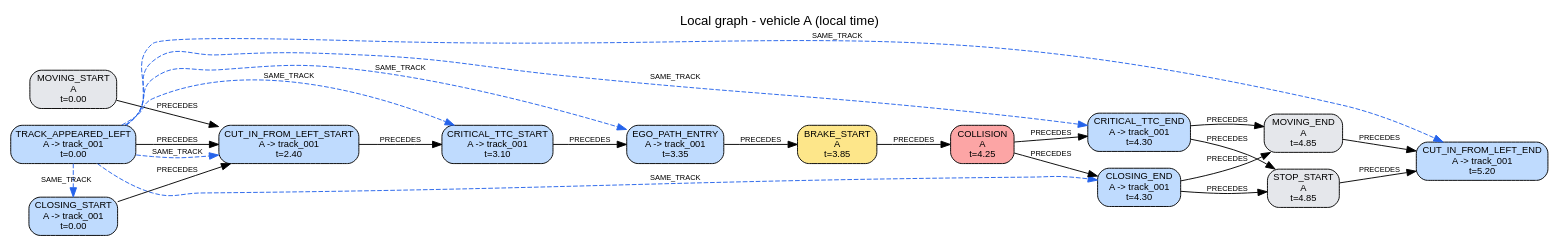
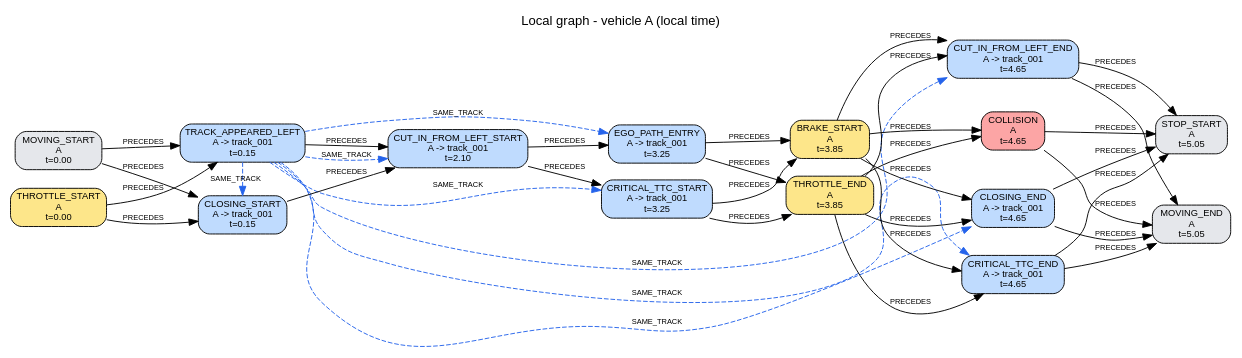
Before and after one commit to AndreaBedei1/causaldrive-forensics: the diagram in traces/S02/run_0_crash/reconstruction/A/local_graph.dot, drawn with Graphviz. The commit also changed 1878 other files, not shown here.

```diff
--- a/traces/S02/run_0_crash/reconstruction/A/local_graph.dot
+++ b/traces/S02/run_0_crash/reconstruction/A/local_graph.dot
@@ -1,43 +1,61 @@
 digraph "local_A" {
   graph [rankdir=LR, labelloc=t, fontname=Helvetica, label="Local graph - vehicle A (local time)"];
   node [shape=box, style="rounded,filled", fontname=Helvetica, fontsize=10];
   edge [fontname=Helvetica, fontsize=8];
   "A:e01" [label="MOVING_START\nA\nt=0.00", fillcolor="#e5e7eb"];
-  "A:e02" [label="TRACK_APPEARED_LEFT\nA -> track_001\nt=0.00", fillcolor="#bfdbfe"];
-  "A:e03" [label="CLOSING_START\nA -> track_001\nt=0.00", fillcolor="#bfdbfe"];
-  "A:e04" [label="CUT_IN_FROM_LEFT_START\nA -> track_001\nt=2.40", fillcolor="#bfdbfe"];
-  "A:e05" [label="CRITICAL_TTC_START\nA -> track_001\nt=3.10", fillcolor="#bfdbfe"];
-  "A:e06" [label="EGO_PATH_ENTRY\nA -> track_001\nt=3.35", fillcolor="#bfdbfe"];
-  "A:e07" [label="BRAKE_START\nA\nt=3.85", fillcolor="#fde68a"];
-  "A:e08" [label="COLLISION\nA\nt=4.25", fillcolor="#fca5a5"];
-  "A:e09" [label="CRITICAL_TTC_END\nA -> track_001\nt=4.30", fillcolor="#bfdbfe"];
-  "A:e10" [label="CLOSING_END\nA -> track_001\nt=4.30", fillcolor="#bfdbfe"];
-  "A:e11" [label="MOVING_END\nA\nt=4.85", fillcolor="#e5e7eb"];
-  "A:e12" [label="STOP_START\nA\nt=4.85", fillcolor="#e5e7eb"];
-  "A:e13" [label="CUT_IN_FROM_LEFT_END\nA -> track_001\nt=5.20", fillcolor="#bfdbfe"];
-  {rank=same; "A:e01"; "A:e02"; "A:e03";}
-  {rank=same; "A:e09"; "A:e10";}
-  {rank=same; "A:e11"; "A:e12";}
+  "A:e02" [label="THROTTLE_START\nA\nt=0.00", fillcolor="#fde68a"];
+  "A:e03" [label="TRACK_APPEARED_LEFT\nA -> track_001\nt=0.15", fillcolor="#bfdbfe"];
+  "A:e04" [label="CLOSING_START\nA -> track_001\nt=0.15", fillcolor="#bfdbfe"];
+  "A:e05" [label="CUT_IN_FROM_LEFT_START\nA -> track_001\nt=2.10", fillcolor="#bfdbfe"];
+  "A:e06" [label="EGO_PATH_ENTRY\nA -> track_001\nt=3.25", fillcolor="#bfdbfe"];
+  "A:e07" [label="CRITICAL_TTC_START\nA -> track_001\nt=3.25", fillcolor="#bfdbfe"];
+  "A:e08" [label="THROTTLE_END\nA\nt=3.85", fillcolor="#fde68a"];
+  "A:e09" [label="BRAKE_START\nA\nt=3.85", fillcolor="#fde68a"];
+  "A:e10" [label="COLLISION\nA\nt=4.65", fillcolor="#fca5a5"];
+  "A:e11" [label="CUT_IN_FROM_LEFT_END\nA -> track_001\nt=4.65", fillcolor="#bfdbfe"];
+  "A:e12" [label="CRITICAL_TTC_END\nA -> track_001\nt=4.65", fillcolor="#bfdbfe"];
+  "A:e13" [label="CLOSING_END\nA -> track_001\nt=4.65", fillcolor="#bfdbfe"];
+  "A:e14" [label="MOVING_END\nA\nt=5.05", fillcolor="#e5e7eb"];
+  "A:e15" [label="STOP_START\nA\nt=5.05", fillcolor="#e5e7eb"];
+  {rank=same; "A:e01"; "A:e02";}
+  {rank=same; "A:e03"; "A:e04";}
+  {rank=same; "A:e06"; "A:e07";}
+  {rank=same; "A:e08"; "A:e09";}
+  {rank=same; "A:e10"; "A:e11"; "A:e12"; "A:e13";}
+  {rank=same; "A:e14"; "A:e15";}
+  "A:e01" -> "A:e03" [label="PRECEDES"];
   "A:e01" -> "A:e04" [label="PRECEDES"];
+  "A:e02" -> "A:e03" [label="PRECEDES"];
   "A:e02" -> "A:e04" [label="PRECEDES"];
-  "A:e03" -> "A:e04" [label="PRECEDES"];
+  "A:e03" -> "A:e05" [label="PRECEDES"];
   "A:e04" -> "A:e05" [label="PRECEDES"];
   "A:e05" -> "A:e06" [label="PRECEDES"];
-  "A:e06" -> "A:e07" [label="PRECEDES"];
+  "A:e05" -> "A:e07" [label="PRECEDES"];
+  "A:e06" -> "A:e08" [label="PRECEDES"];
+  "A:e06" -> "A:e09" [label="PRECEDES"];
   "A:e07" -> "A:e08" [label="PRECEDES"];
-  "A:e08" -> "A:e09" [label="PRECEDES"];
+  "A:e07" -> "A:e09" [label="PRECEDES"];
   "A:e08" -> "A:e10" [label="PRECEDES"];
+  "A:e08" -> "A:e11" [label="PRECEDES"];
+  "A:e08" -> "A:e12" [label="PRECEDES"];
+  "A:e08" -> "A:e13" [label="PRECEDES"];
+  "A:e09" -> "A:e10" [label="PRECEDES"];
   "A:e09" -> "A:e11" [label="PRECEDES"];
   "A:e09" -> "A:e12" [label="PRECEDES"];
-  "A:e10" -> "A:e11" [label="PRECEDES"];
-  "A:e10" -> "A:e12" [label="PRECEDES"];
-  "A:e11" -> "A:e13" [label="PRECEDES"];
-  "A:e12" -> "A:e13" [label="PRECEDES"];
-  "A:e02" -> "A:e03" [label="SAME_TRACK", style=dashed, color="#2563eb", constraint=false];
-  "A:e02" -> "A:e04" [label="SAME_TRACK", style=dashed, color="#2563eb", constraint=false];
-  "A:e02" -> "A:e05" [label="SAME_TRACK", style=dashed, color="#2563eb", constraint=false];
-  "A:e02" -> "A:e06" [label="SAME_TRACK", style=dashed, color="#2563eb", constraint=false];
-  "A:e02" -> "A:e09" [label="SAME_TRACK", style=dashed, color="#2563eb", constraint=false];
-  "A:e02" -> "A:e10" [label="SAME_TRACK", style=dashed, color="#2563eb", constraint=false];
-  "A:e02" -> "A:e13" [label="SAME_TRACK", style=dashed, color="#2563eb", constraint=false];
+  "A:e09" -> "A:e13" [label="PRECEDES"];
+  "A:e10" -> "A:e14" [label="PRECEDES"];
+  "A:e10" -> "A:e15" [label="PRECEDES"];
+  "A:e11" -> "A:e14" [label="PRECEDES"];
+  "A:e11" -> "A:e15" [label="PRECEDES"];
+  "A:e12" -> "A:e14" [label="PRECEDES"];
+  "A:e12" -> "A:e15" [label="PRECEDES"];
+  "A:e13" -> "A:e14" [label="PRECEDES"];
+  "A:e13" -> "A:e15" [label="PRECEDES"];
+  "A:e03" -> "A:e04" [label="SAME_TRACK", style=dashed, color="#2563eb", constraint=false];
+  "A:e03" -> "A:e05" [label="SAME_TRACK", style=dashed, color="#2563eb", constraint=false];
+  "A:e03" -> "A:e06" [label="SAME_TRACK", style=dashed, color="#2563eb", constraint=false];
+  "A:e03" -> "A:e07" [label="SAME_TRACK", style=dashed, color="#2563eb", constraint=false];
+  "A:e03" -> "A:e11" [label="SAME_TRACK", style=dashed, color="#2563eb", constraint=false];
+  "A:e03" -> "A:e12" [label="SAME_TRACK", style=dashed, color="#2563eb", constraint=false];
+  "A:e03" -> "A:e13" [label="SAME_TRACK", style=dashed, color="#2563eb", constraint=false];
 }
```
